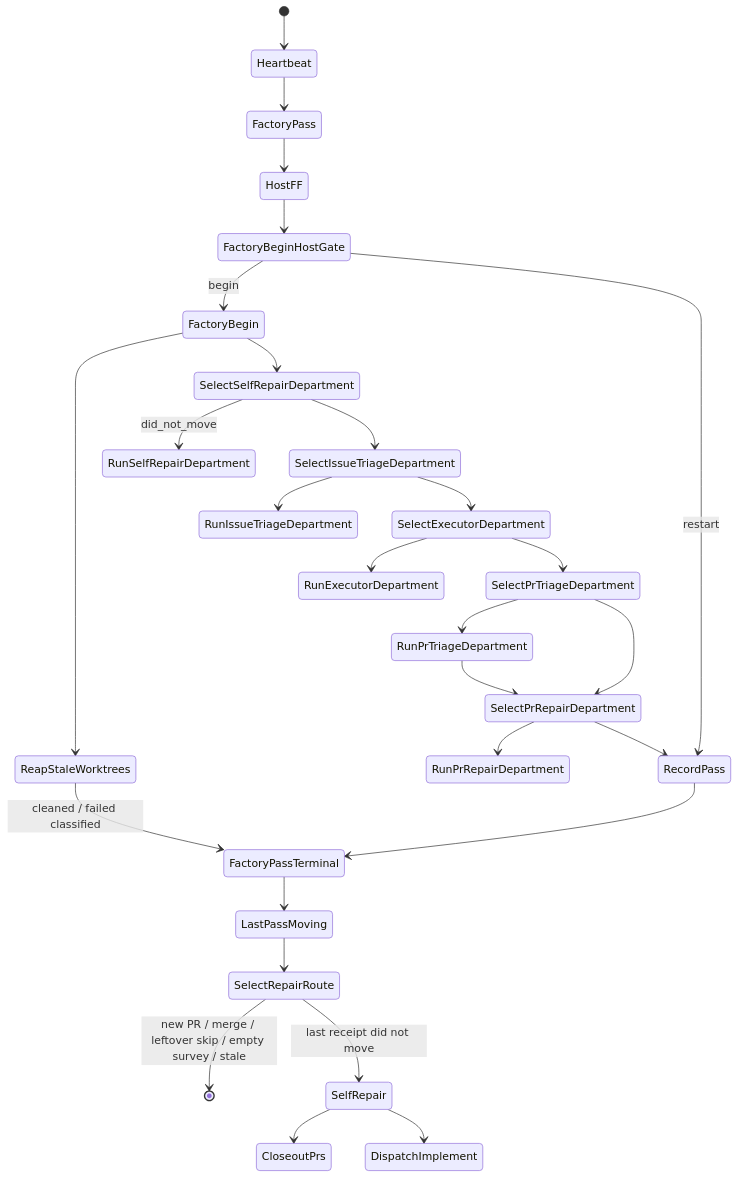
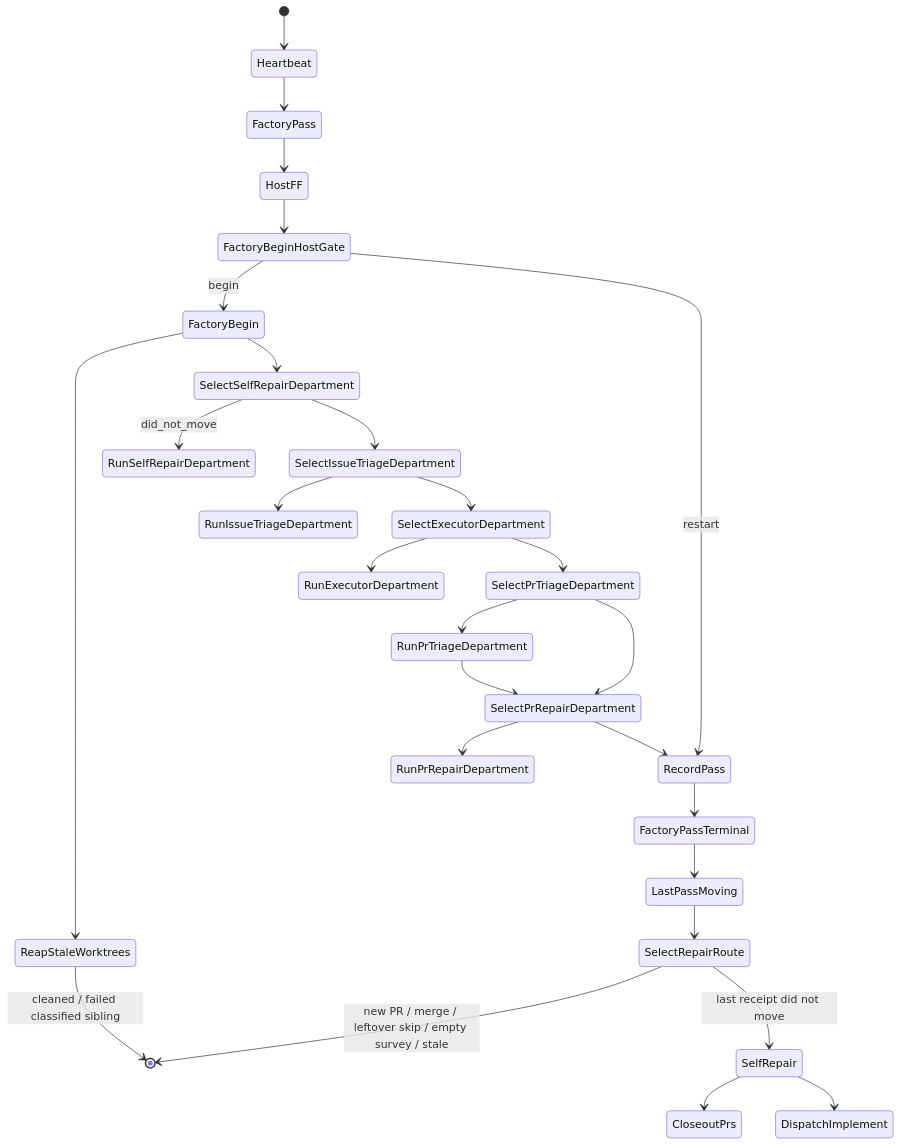
Before and after one commit to mikolaj92/lokay: the first of 49 diagrams in README.md, drawn with Mermaid. The commit also changed 10 other files, not shown here.

First line of the commit message:
fix: run stale reap after departments (#978)

````diff
--- a/README.md
+++ b/README.md
@@ -79,30 +79,30 @@
 ```mermaid
 stateDiagram-v2
     [*] --> Heartbeat
     Heartbeat --> FactoryPass
     FactoryPass --> HostFF
     HostFF --> FactoryBeginHostGate
     FactoryBeginHostGate --> FactoryBegin: begin
     FactoryBeginHostGate --> RecordPass: restart
     FactoryBegin --> ReapStaleWorktrees
     FactoryBegin --> SelectSelfRepairDepartment
     SelectSelfRepairDepartment --> RunSelfRepairDepartment: did_not_move
     SelectSelfRepairDepartment --> SelectIssueTriageDepartment
     SelectIssueTriageDepartment --> RunIssueTriageDepartment
     SelectIssueTriageDepartment --> SelectExecutorDepartment
     SelectExecutorDepartment --> RunExecutorDepartment
     SelectExecutorDepartment --> SelectPrTriageDepartment
     SelectPrTriageDepartment --> RunPrTriageDepartment
     SelectPrTriageDepartment --> SelectPrRepairDepartment
     RunPrTriageDepartment --> SelectPrRepairDepartment
     SelectPrRepairDepartment --> RunPrRepairDepartment
     SelectPrRepairDepartment --> RecordPass
     RecordPass --> FactoryPassTerminal
-    ReapStaleWorktrees --> FactoryPassTerminal: cleaned / failed classified
+    ReapStaleWorktrees --> [*]: cleaned / failed classified sibling
     FactoryPassTerminal --> LastPassMoving
     LastPassMoving --> SelectRepairRoute
     SelectRepairRoute --> [*]: new PR / merge / leftover skip / empty survey / stale
     SelectRepairRoute --> SelfRepair: last receipt did not move
     SelfRepair --> CloseoutPrs
     SelfRepair --> DispatchImplement
 ```
````
